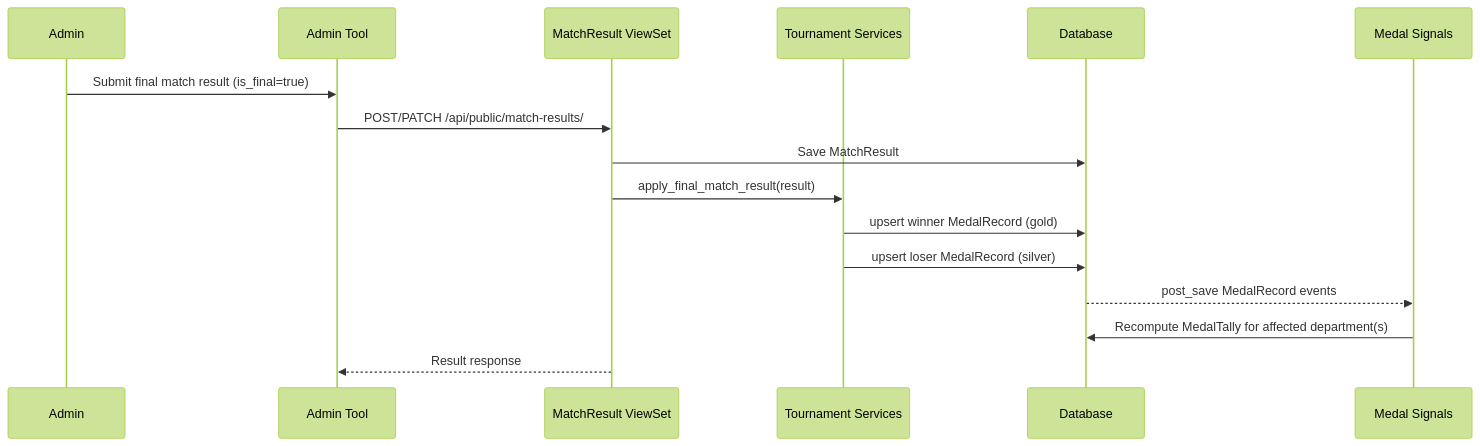
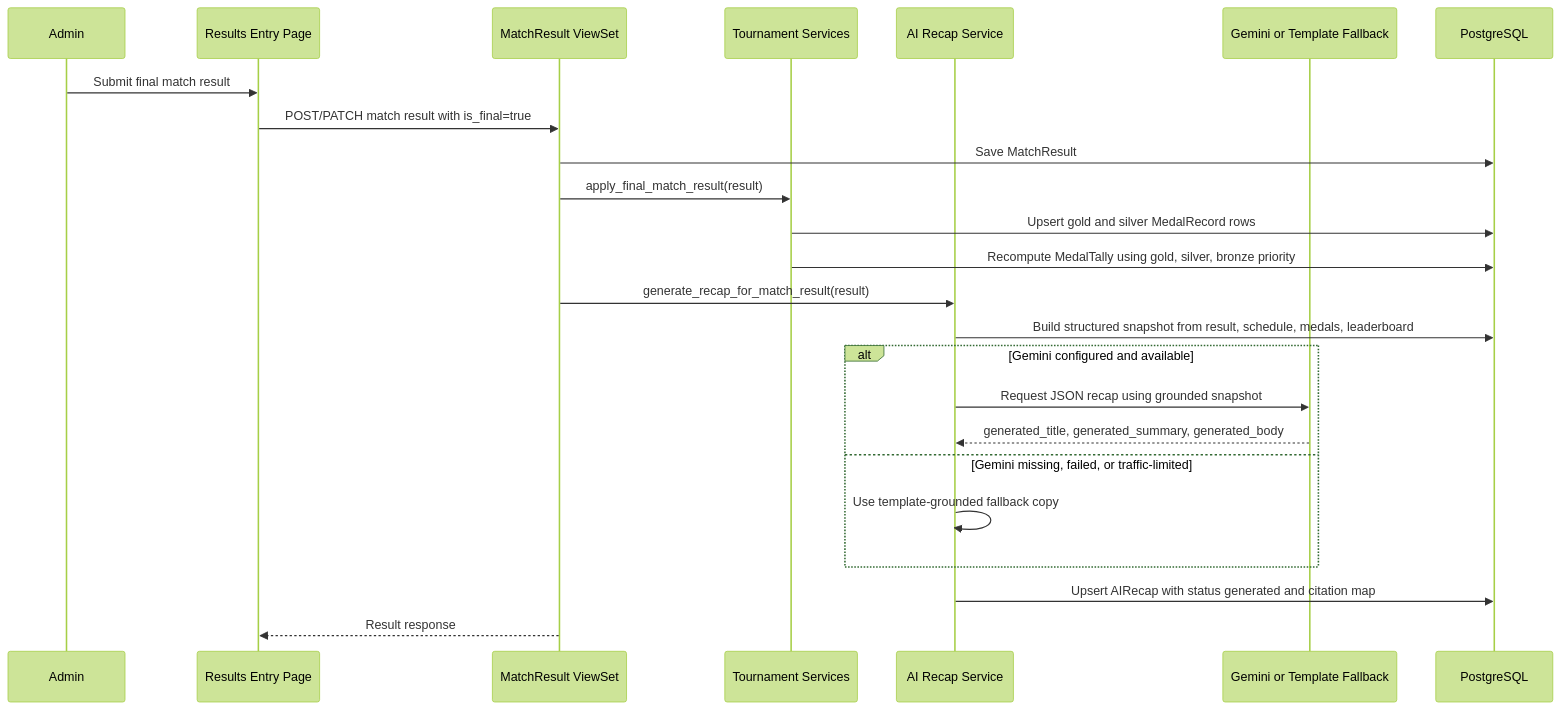
Before and after one commit to avocadoise/EnvergaArena: the ninth of 14 diagrams in architecture/06-runtime-flows.md, drawn with Mermaid (forest theme). The commit also changed other lines of this file and 1 other file, not shown here.

Commit message:
feat: enhance security documentation with detailed authentication flow and token management

````diff
--- a/architecture/06-runtime-flows.md
+++ b/architecture/06-runtime-flows.md
@@ -87,19 +209,27 @@
 ```mermaid
 sequenceDiagram
     participant A as Admin
-    participant FE as Admin Tool
+    participant FE as Results Entry Page
     participant API as MatchResult ViewSet
     participant SVC as Tournament Services
-    participant DB as Database
-    participant SIG as Medal Signals
+    participant REC as AI Recap Service
+    participant LLM as Gemini or Template Fallback
+    participant DB as PostgreSQL
 
-    A->>FE: Submit final match result (is_final=true)
-    FE->>API: POST/PATCH /api/public/match-results/
+    A->>FE: Submit final match result
+    FE->>API: POST/PATCH match result with is_final=true
     API->>DB: Save MatchResult
     API->>SVC: apply_final_match_result(result)
-    SVC->>DB: upsert winner MedalRecord (gold)
-    SVC->>DB: upsert loser MedalRecord (silver)
-    DB-->>SIG: post_save MedalRecord events
-    SIG->>DB: Recompute MedalTally for affected department(s)
+    SVC->>DB: Upsert gold and silver MedalRecord rows
+    SVC->>DB: Recompute MedalTally using gold, silver, bronze priority
+    API->>REC: generate_recap_for_match_result(result)
+    REC->>DB: Build structured snapshot from result, schedule, medals, leaderboard
+    alt Gemini configured and available
+        REC->>LLM: Request JSON recap using grounded snapshot
+        LLM-->>REC: generated_title, generated_summary, generated_body
+    else Gemini missing, failed, or traffic-limited
+        REC->>REC: Use template-grounded fallback copy
+    end
+    REC->>DB: Upsert AIRecap with status generated and citation map
     API-->>FE: Result response
 ```
````
